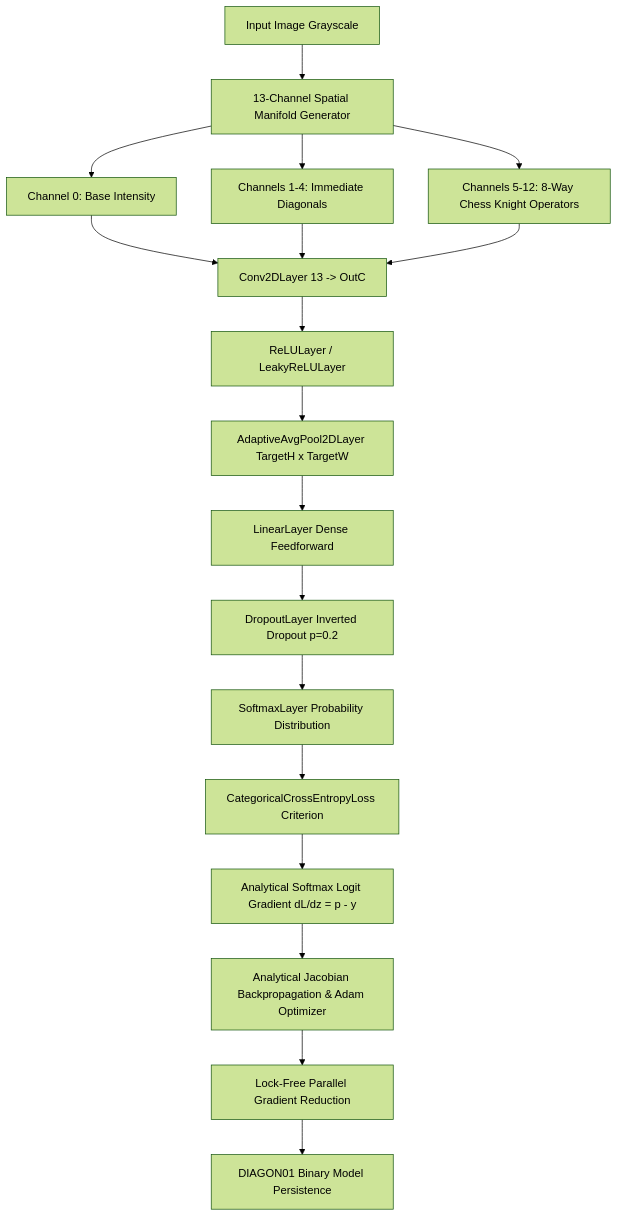
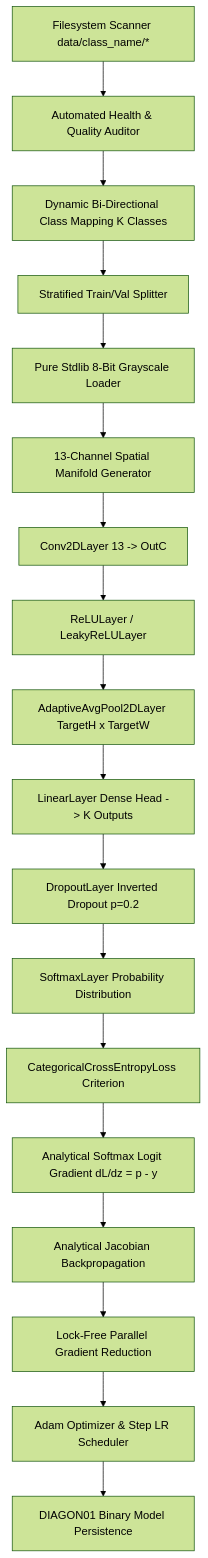
One commit to itznan/diagonalnet changed the diagram in README.md. Above: the diagram before and after it, drawn with Mermaid (forest theme). The commit also changed other lines of this file and 2 other files, not shown here.

Commit message:
Implement Adam optimizer, step LR scheduler, dataset scanner, image loader, stratified split, and health auditor

````diff
--- a/README.md
+++ b/README.md
@@ -54,18 +75,20 @@
 ```mermaid
 flowchart TD
-    A[Input Image Grayscale] --> B[13-Channel Spatial Manifold Generator]
-    B --> C[Channel 0: Base Intensity]
-    B --> D[Channels 1-4: Immediate Diagonals]
-    B --> E[Channels 5-12: 8-Way Chess Knight Operators]
-    C & D & E --> F[Conv2DLayer 13 -> OutC]
-    F --> G[ReLULayer / LeakyReLULayer]
-    G --> H[AdaptiveAvgPool2DLayer TargetH x TargetW]
-    H --> I[LinearLayer Dense Feedforward]
-    I --> J[DropoutLayer Inverted Dropout p=0.2]
-    J --> K[SoftmaxLayer Probability Distribution]
-    K --> L[CategoricalCrossEntropyLoss Criterion]
-    L --> M[Analytical Softmax Logit Gradient dL/dz = p - y]
-    M --> N[Analytical Jacobian Backpropagation & Adam Optimizer]
-    N --> O[Lock-Free Parallel Gradient Reduction]
-    O --> P[DIAGON01 Binary Model Persistence]
+    A[Filesystem Scanner data/class_name/*] --> B[Automated Health & Quality Auditor]
+    B --> C[Dynamic Bi-Directional Class Mapping K Classes]
+    C --> D[Stratified Train/Val Splitter]
+    D --> E[Pure Stdlib 8-Bit Grayscale Loader]
+    E --> F[13-Channel Spatial Manifold Generator]
+    F --> G[Conv2DLayer 13 -> OutC]
+    G --> H[ReLULayer / LeakyReLULayer]
+    H --> I[AdaptiveAvgPool2DLayer TargetH x TargetW]
+    I --> J[LinearLayer Dense Head -> K Outputs]
+    J --> K[DropoutLayer Inverted Dropout p=0.2]
+    K --> L[SoftmaxLayer Probability Distribution]
+    L --> M[CategoricalCrossEntropyLoss Criterion]
+    M --> N[Analytical Softmax Logit Gradient dL/dz = p - y]
+    N --> O[Analytical Jacobian Backpropagation]
+    O --> P[Lock-Free Parallel Gradient Reduction]
+    P --> Q[Adam Optimizer & Step LR Scheduler]
+    Q --> R[DIAGON01 Binary Model Persistence]
 ```
````
